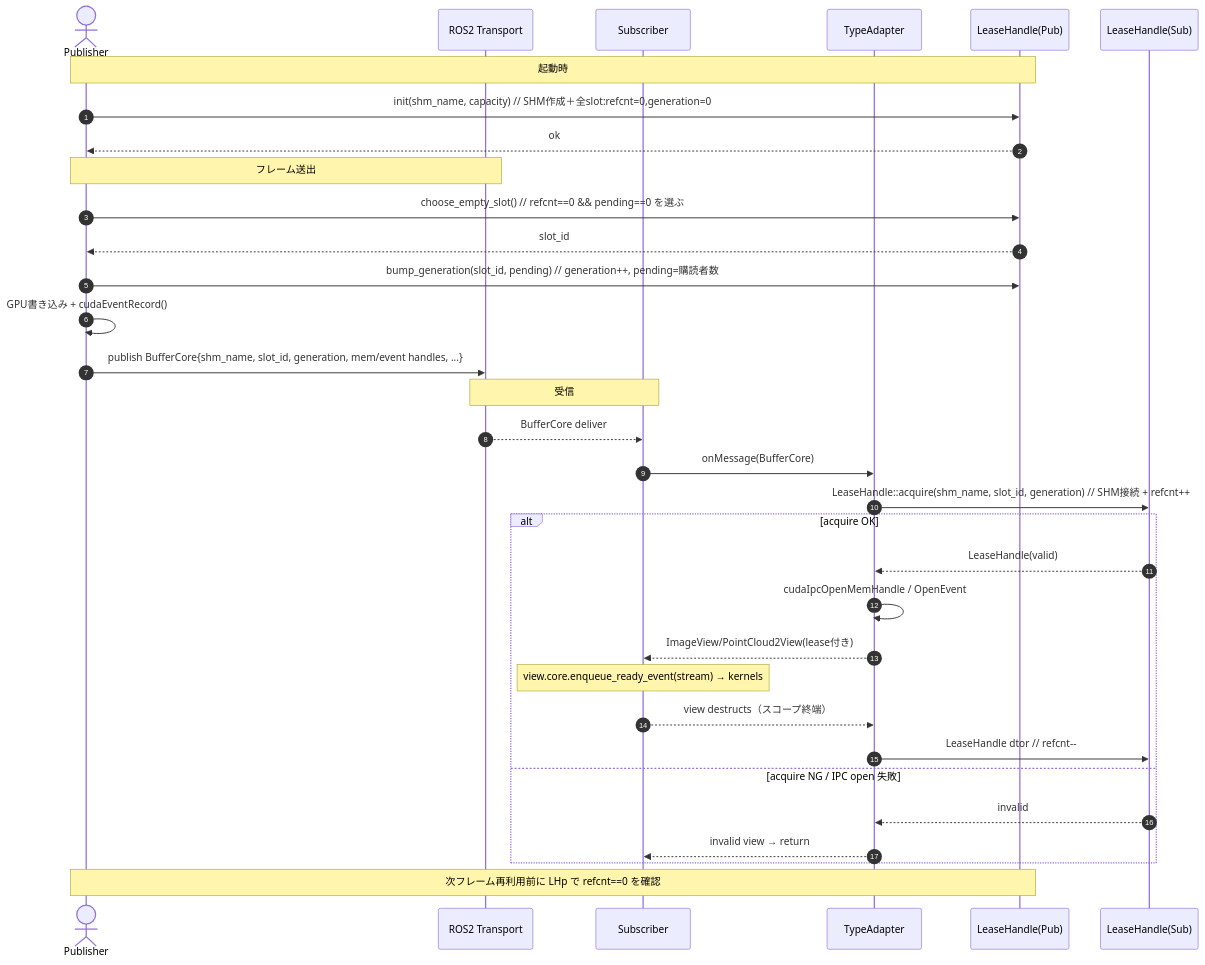
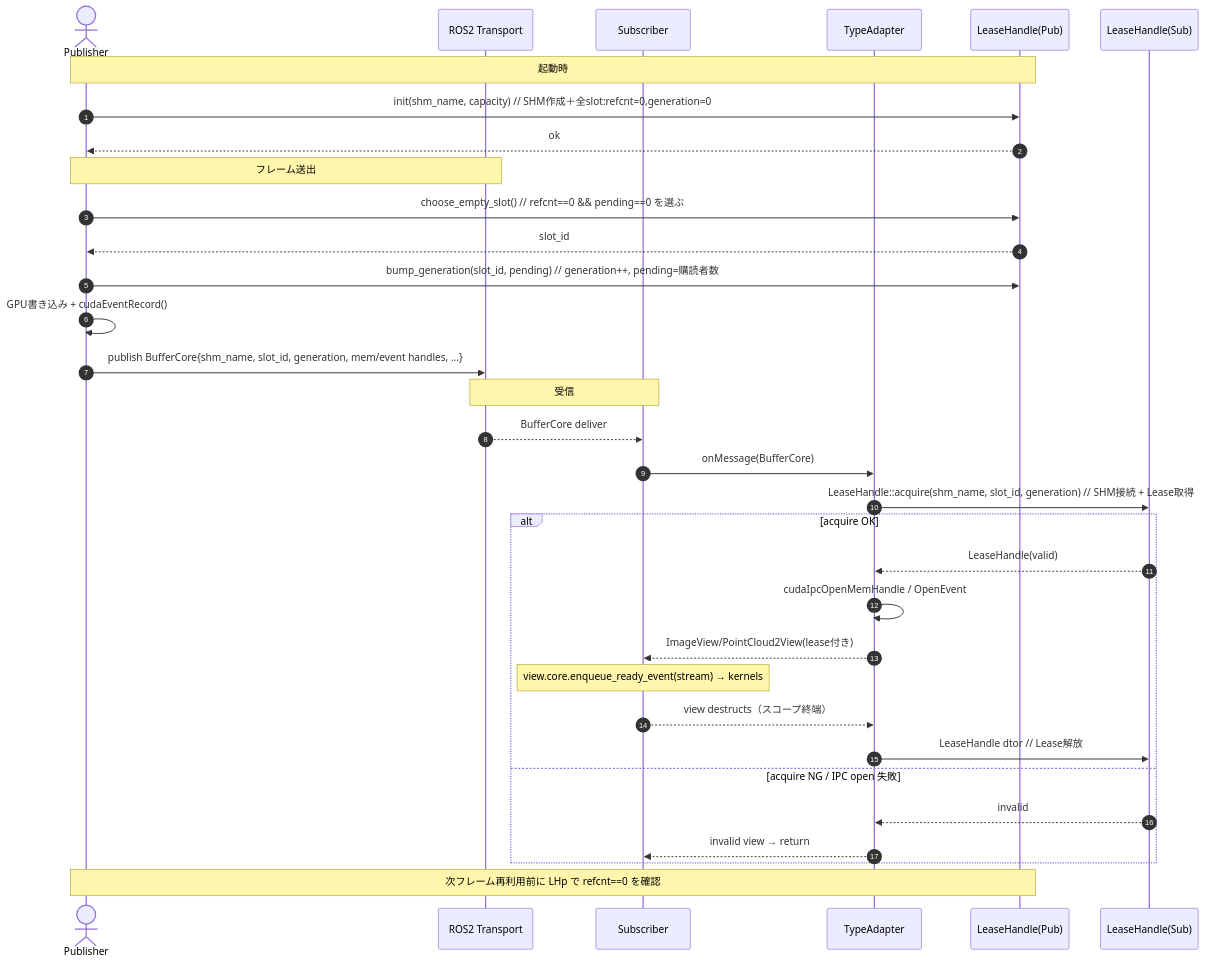
The second of 2 diagrams in doc/lease_handle.md (dskkato/ros2_cuda_ipc), drawn with Mermaid before and after one commit. The commit also changed other lines of this file and 1 other file, not shown here.

Commit message:
Refine LeaseHandle and BufferView documentation for clarity on lease acquisition and resource management

````diff
--- a/doc/lease_handle.md
+++ b/doc/lease_handle.md
@@ -399,40 +403,40 @@
 ```mermaid
 sequenceDiagram
   autonumber
   actor Pub as Publisher
   participant DDS as ROS2 Transport
   participant Sub as Subscriber
   participant TA as TypeAdapter
   participant LHp as LeaseHandle(Pub)
   participant LHs as LeaseHandle(Sub)
 
   Note over Pub,LHp: 起動時
   Pub->>LHp: init(shm_name, capacity)  // SHM作成＋全slot:refcnt=0,generation=0
   LHp-->>Pub: ok
 
   Note over Pub,DDS: フレーム送出
   Pub->>LHp: choose_empty_slot()  // refcnt==0 && pending==0 を選ぶ
   LHp-->>Pub: slot_id
   Pub->>LHp: bump_generation(slot_id, pending)  // generation++, pending=購読者数
   Pub->>Pub: GPU書き込み + cudaEventRecord()
   Pub->>DDS: publish BufferCore{shm_name, slot_id, generation, mem/event handles, ...}
 
   Note over DDS,Sub: 受信
   DDS-->>Sub: BufferCore deliver
 
   Sub->>TA: onMessage(BufferCore)
-  TA->>LHs: LeaseHandle::acquire(shm_name, slot_id, generation)  // SHM接続 + refcnt++
+  TA->>LHs: LeaseHandle::acquire(shm_name, slot_id, generation)  // SHM接続 + Lease取得
   alt acquire OK
     LHs-->>TA: LeaseHandle(valid)
     TA->>TA: cudaIpcOpenMemHandle / OpenEvent
     TA-->>Sub: ImageView/PointCloud2View(lease付き)
     Note over Sub: view.core.enqueue_ready_event(stream) → kernels
     Sub-->>TA: view destructs（スコープ終端）
-    TA->>LHs: LeaseHandle dtor  // refcnt--
+    TA->>LHs: LeaseHandle dtor  // Lease解放
   else acquire NG / IPC open 失敗
     LHs-->>TA: invalid
     TA-->>Sub: invalid view → return
   end
 
   Note over Pub,LHp: 次フレーム再利用前に LHp で refcnt==0 を確認
 ```
````
